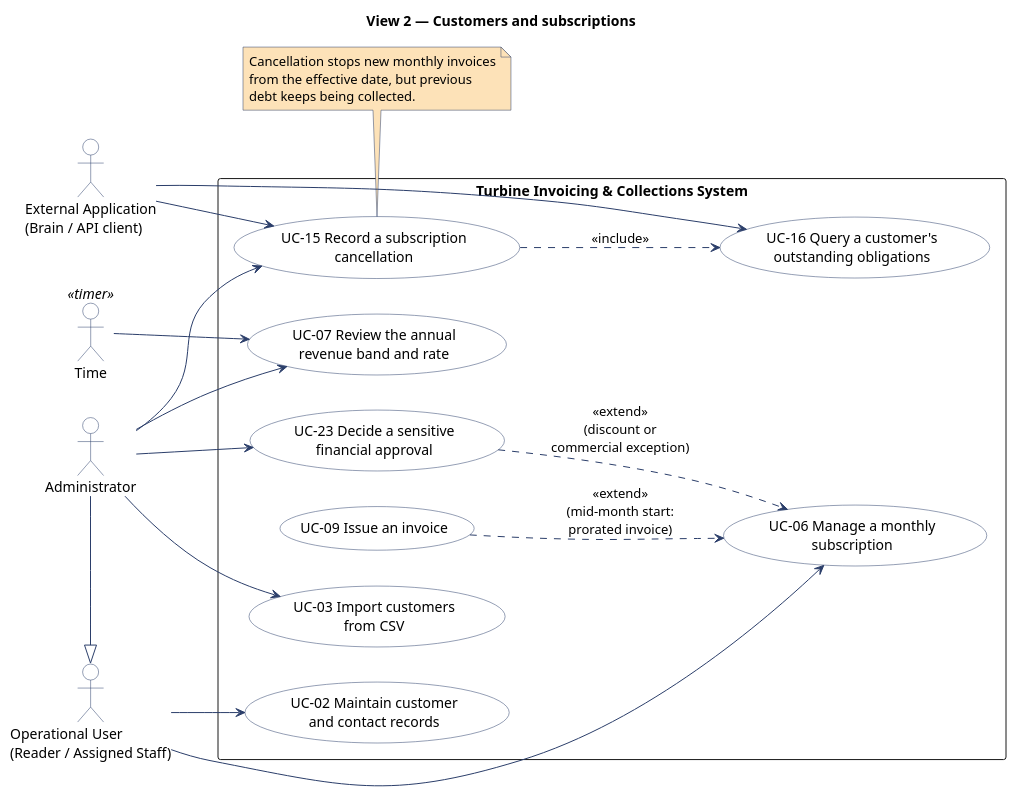
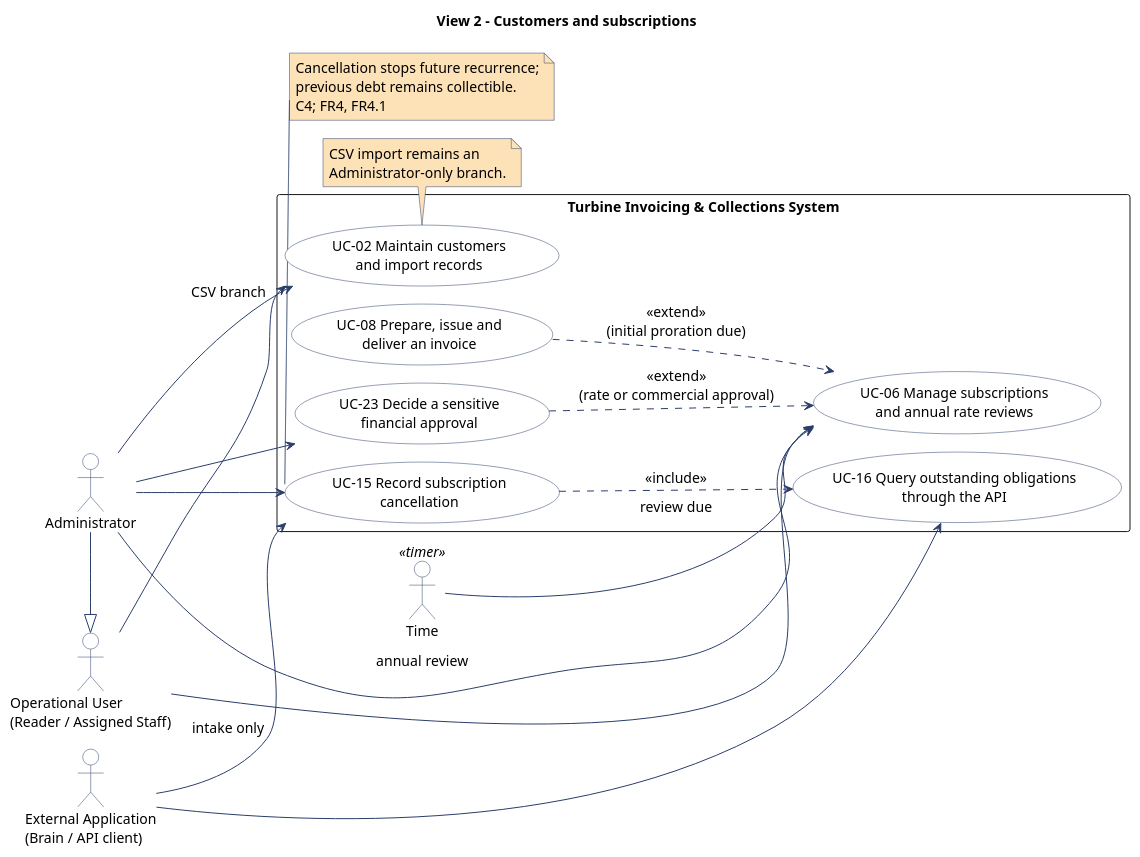
The second of 4 diagrams in doc/src/use-case-diagram.pu (atrevete-adap/adap-project), drawn with PlantUML before and after one commit. The commit also changed other lines of this file and 9 other files, not shown here.

```diff
--- a/doc/src/use-case-diagram.pu
+++ b/doc/src/use-case-diagram.pu
@@ -84,67 +77,67 @@
 @startuml use-case-diagram-2-customers
+!pragma layout smetana
 left to right direction
-
 skinparam shadowing false
 skinparam packageStyle rectangle
+skinparam defaultFontName SansSerif
+skinparam defaultFontSize 14
+skinparam backgroundColor #FFFFFF
 skinparam usecase {
-    BackgroundColor #FFFFFF
-    BorderColor #2B3E6A
-    FontColor #000000
+  BackgroundColor #FFFFFF
+  BorderColor #2B3E6A
+  FontColor #000000
 }
 skinparam actor {
-    BackgroundColor #FFFFFF
-    BorderColor #2B3E6A
-    FontColor #000000
+  BackgroundColor #FFFFFF
+  BorderColor #2B3E6A
+  FontColor #000000
 }
 skinparam note {
-    BackgroundColor #FDE2B8
-    BorderColor #2B3E6A
-    FontColor #000000
+  BackgroundColor #FDE2B8
+  BorderColor #2B3E6A
 }
 skinparam arrow {
-    Color #2B3E6A
+  Color #2B3E6A
 }
+title View 2 - Customers and subscriptions
 
-title View 2 — Customers and subscriptions
-
-'=== Actors ===
 actor "Operational User\n(Reader / Assigned Staff)" as OpUser
 actor "Administrator" as Admin
 actor "Time" as Time <<timer>>
 actor "External Application\n(Brain / API client)" as ExtApp
-Admin -|> OpUser
 
-'=== System Boundary ===
 rectangle "Turbine Invoicing & Collections System" {
-    usecase "UC-02 Maintain customer\nand contact records" as UC02
-    usecase "UC-03 Import customers\nfrom CSV" as UC03
-    usecase "UC-06 Manage a monthly\nsubscription" as UC06
-    usecase "UC-07 Review the annual\nrevenue band and rate" as UC07
-    usecase "UC-15 Record a subscription\ncancellation" as UC15
-    usecase "UC-16 Query a customer's\noutstanding obligations" as UC16
-    usecase "UC-09 Issue an invoice" as UC09
-    usecase "UC-23 Decide a sensitive\nfinancial approval" as UC23
+  usecase "UC-02 Maintain customers\nand import records" as UC02
+  usecase "UC-06 Manage subscriptions\nand annual rate reviews" as UC06
+  usecase "UC-15 Record subscription\ncancellation" as UC15
+  usecase "UC-16 Query outstanding obligations\nthrough the API" as UC16
+  usecase "UC-08 Prepare, issue and\ndeliver an invoice" as UC08
+  usecase "UC-23 Decide a sensitive\nfinancial approval" as UC23
 }
 
-'=== Relationships ===
+Admin -|> OpUser
 OpUser --> UC02
+Admin --> UC02 : CSV branch
 OpUser --> UC06
-Admin --> UC03
-Admin --> UC07
+Admin --> UC06 : annual review
+Time --> UC06 : review due
 Admin --> UC15
+ExtApp --> UC15 : intake only
+ExtApp --> UC16
 Admin --> UC23
-Time --> UC07
-ExtApp --> UC15
-ExtApp --> UC16
+UC15 ..> UC16 : <<include>>
+UC08 ..> UC06 : <<extend>>\n(initial proration due)
+UC23 ..> UC06 : <<extend>>\n(rate or commercial approval)
 
-UC15 ..> UC16 : <<include>>
-UC09 ..> UC06 : <<extend>>\n(mid-month start:\nprorated invoice)
-UC23 ..> UC06 : <<extend>>\n(discount or\ncommercial exception)
+note bottom of UC02
+  CSV import remains an
+  Administrator-only branch.
+end note
 
 note bottom of UC15
-  Cancellation stops new monthly invoices
-  from the effective date, but previous
-  debt keeps being collected.
+  Cancellation stops future recurrence;
+  previous debt remains collectible.
+  C4; FR4, FR4.1
 end note
 
 @enduml
```
